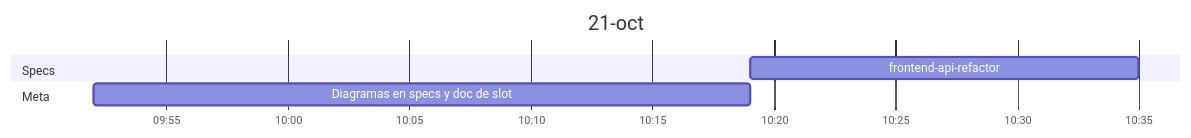
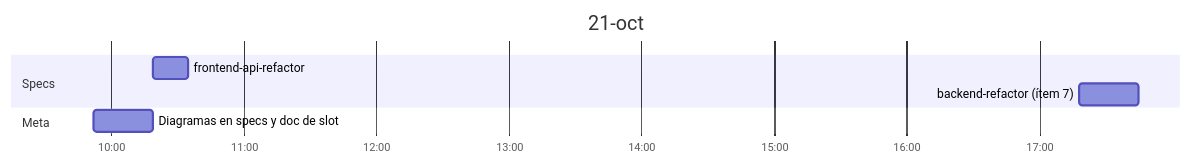
One commit to xaviuzz/prometeuzz changed the fifth of 5 diagrams in harnesses/fotoAlbum/.claude/timeline.md. Above: the diagram before and after it, drawn with Mermaid. The commit also changed other lines of this file, not shown here.

Commit message:
🤖 add backend refactor item 7 to fotoAlbum timeline

````diff
--- a/harnesses/fotoAlbum/.claude/timeline.md
+++ b/harnesses/fotoAlbum/.claude/timeline.md
@@ -67,10 +67,11 @@
 ```mermaid
 gantt
     title 21-oct
     dateFormat YYYY-MM-DD HH:mm
     axisFormat %H:%M
     section Specs
     frontend-api-refactor               :2026-10-21 10:19, 2026-10-21 10:35
+    backend-refactor (ítem 7)           :2026-10-21 17:18, 2026-10-21 17:45
     section Meta
     Diagramas en specs y doc de slot    :2026-10-21 09:52, 2026-10-21 10:19
 ```
````
